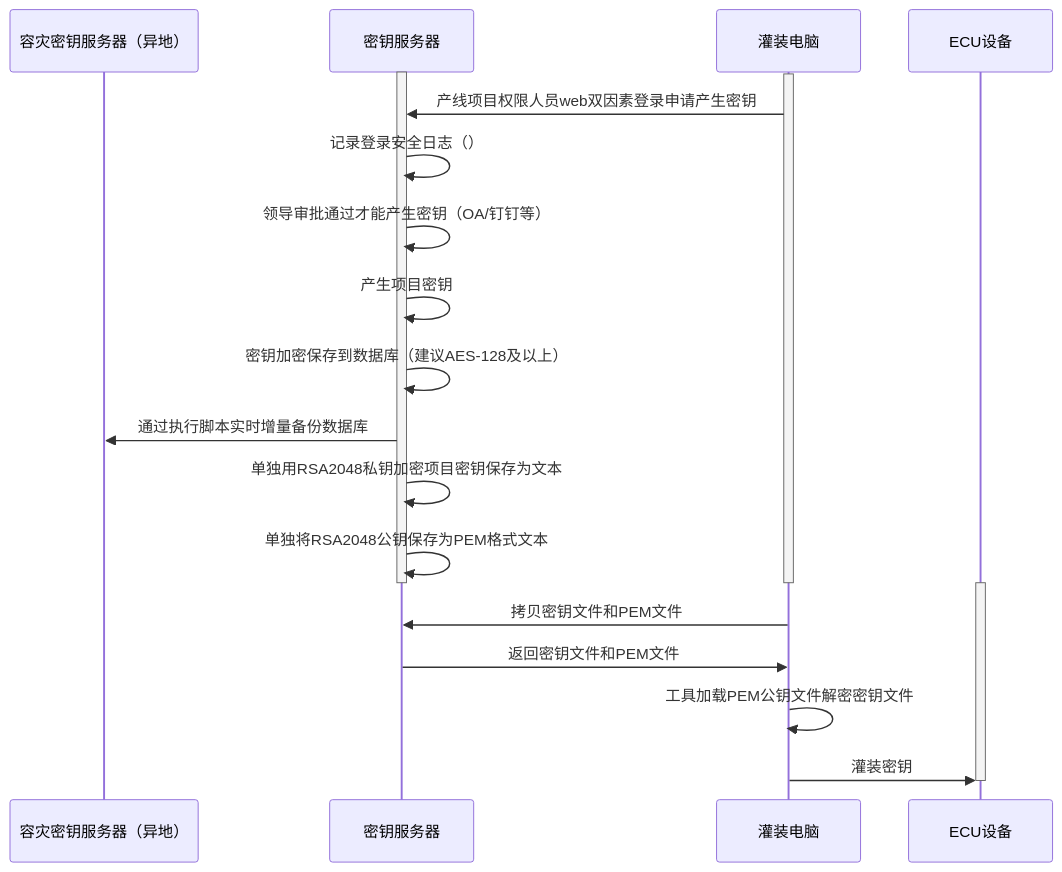
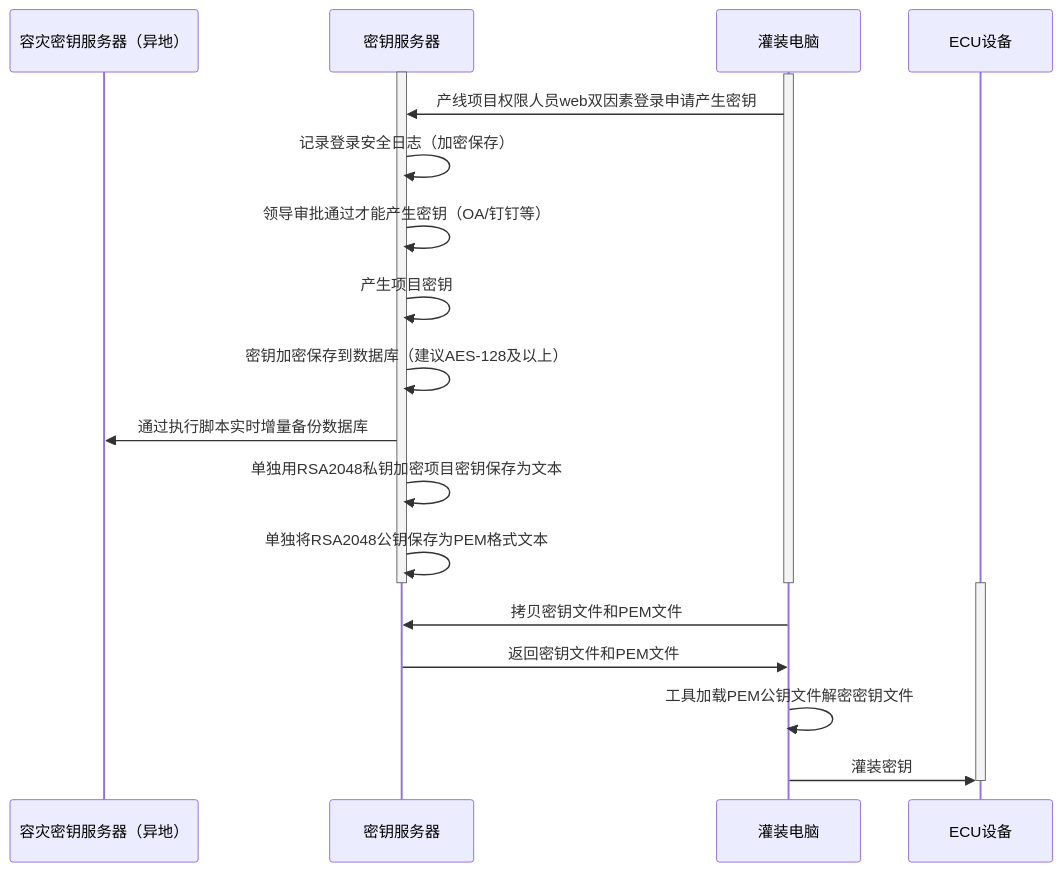
The diagram in all/未命名-15.md (facebook-cloud/iodraw-files), drawn with Mermaid before and after one commit.

Commit message:
2026-02-11 19:37:46 update

````diff
--- a/all/未命名-15.md
+++ b/all/未命名-15.md
@@ -1,29 +1,29 @@
 ```mermaid
 sequenceDiagram
     participant A as 容灾密钥服务器（异地）
     participant B as 密钥服务器
     participant D as 灌装电脑
     participant E as ECU设备
 
     activate B
     activate D
     D->>B: 产线项目权限人员web双因素登录申请产生密钥
-    B->>B: 记录登录安全日志（）
+    B->>B: 记录登录安全日志（加密保存）
     B->>B: 领导审批通过才能产生密钥（OA/钉钉等）
     B->>B: 产生项目密钥
     B->>B: 密钥加密保存到数据库（建议AES-128及以上）
     B->>A: 通过执行脚本实时增量备份数据库
 
     B->>B: 单独用RSA2048私钥加密项目密钥保存为文本
     B->>B: 单独将RSA2048公钥保存为PEM格式文本
     deactivate B
     deactivate D
 
     activate E
     D->>B: 拷贝密钥文件和PEM文件
     B->>D: 返回密钥文件和PEM文件
     D->>D:工具加载PEM公钥文件解密密钥文件
     D->>E: 灌装密钥
     deactivate E
 
 ```
````
